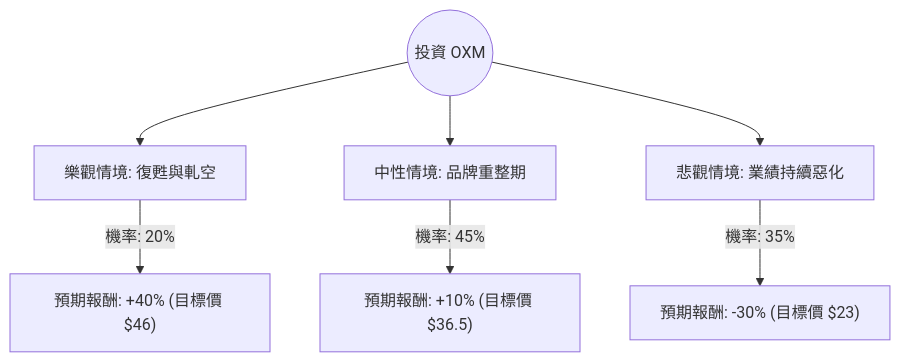
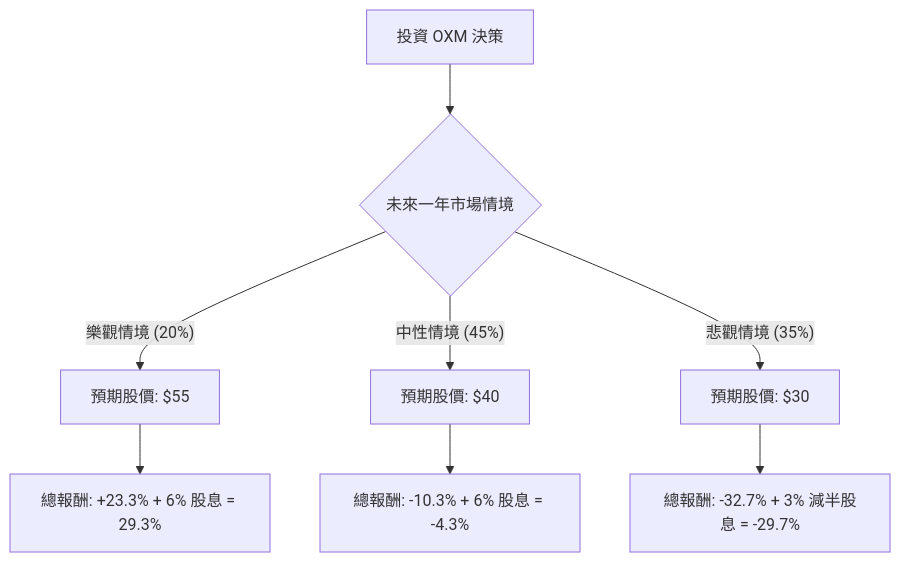
Before and after one commit to zmcx16/zmcx16.github.io: the diagram in plugin-react/ai-analysis/ev-analysis/OXM.md, drawn with Mermaid. The commit also changed other lines of this file and 81 other files, not shown here.

````diff
--- a/plugin-react/ai-analysis/ev-analysis/OXM.md
+++ b/plugin-react/ai-analysis/ev-analysis/OXM.md
@@ -24,10 +22,12 @@
 ```mermaid
 graph TD
-    Start((投資 OXM)) --> Bull[樂觀情境: 復甦與軋空]
-    Start --> Base[中性情境: 品牌重整期]
-    Start --> Bear[悲觀情境: 業績持續惡化]
+    A[投資 OXM 決策] --> B{未來一年市場情境}
+    
+    B -- 樂觀情境 (20%) --> C[預期股價: $55]
+    B -- 中性情境 (45%) --> D[預期股價: $40]
+    B -- 悲觀情境 (35%) --> E[預期股價: $30]
 
-    Bull -- "機率: 20%" --> BullResult["預期報酬: +40% (目標價 $46)"]
-    Base -- "機率: 45%" --> BaseResult["預期報酬: +10% (目標價 $36.5)"]
-    Bear -- "機率: 35%" --> BearResult["預期報酬: -30% (目標價 $23)"]
+    C --> C1[總報酬: +23.3% + 6% 股息 = 29.3%]
+    D --> D1[總報酬: -10.3% + 6% 股息 = -4.3%]
+    E --> E1[總報酬: -32.7% + 3% 減半股息 = -29.7%]
 ```
````
